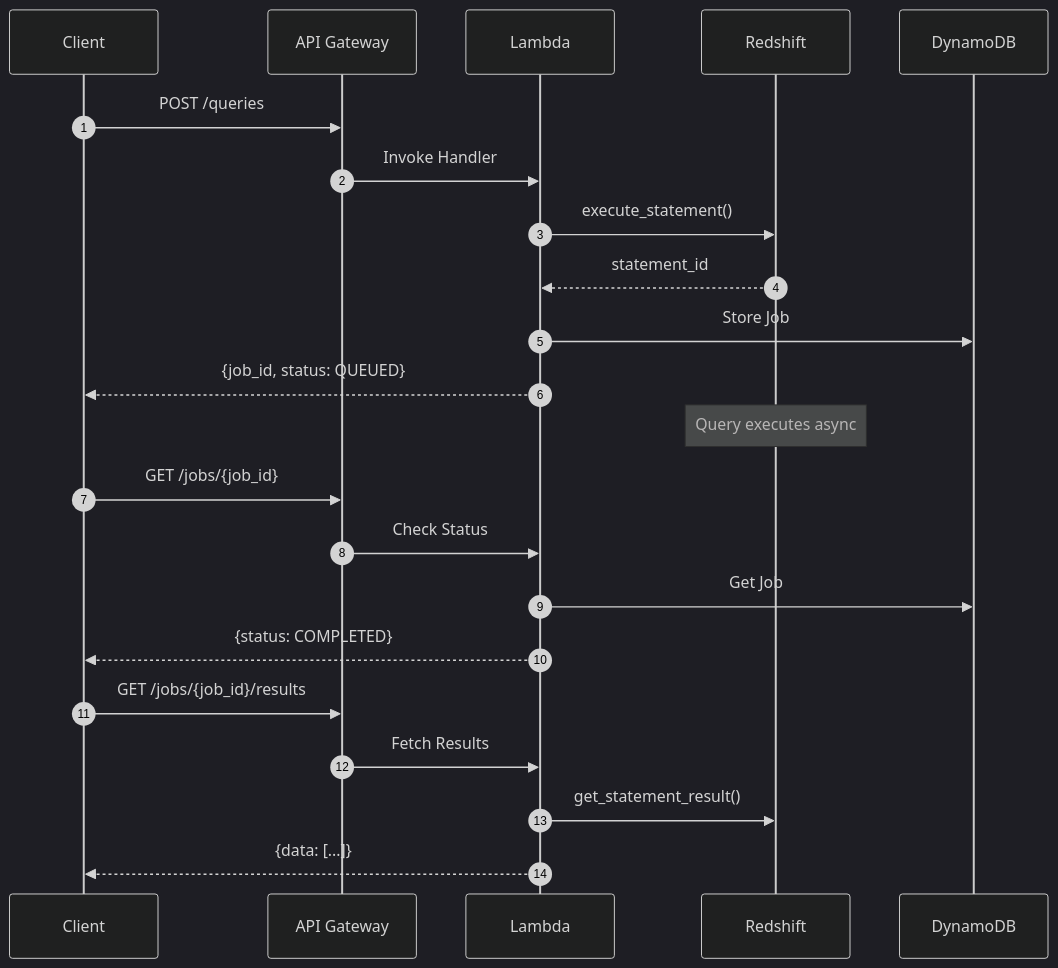
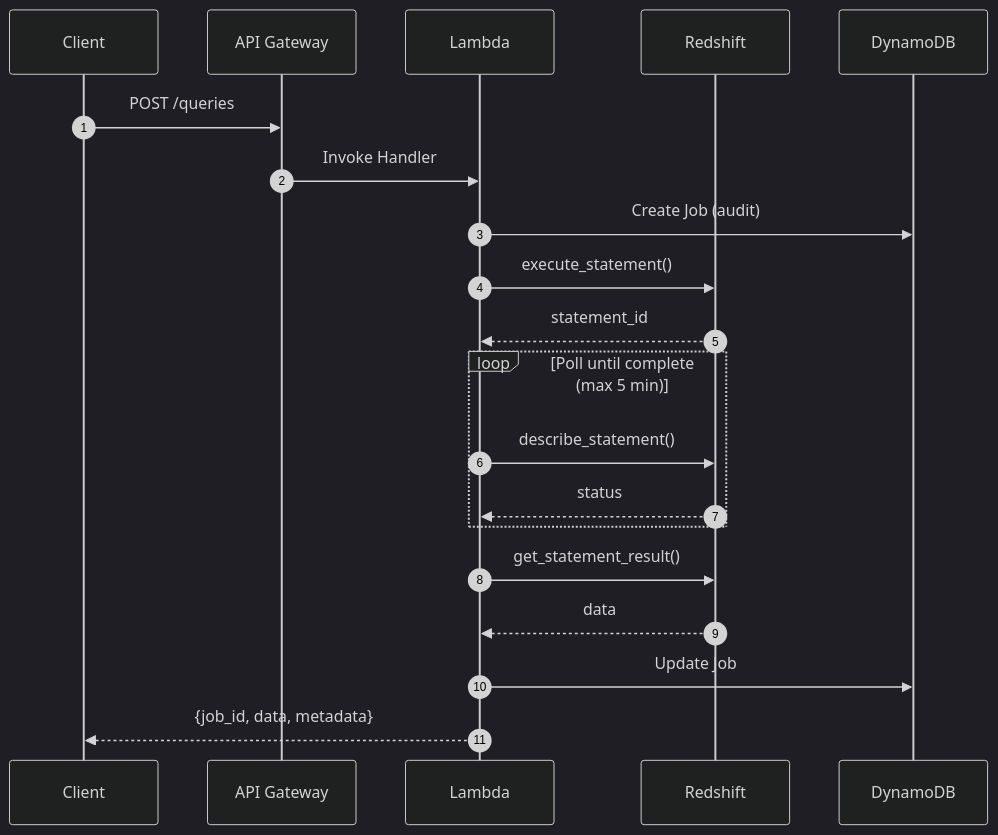
The diagram in docs/user-guide/query-api.md (zhiweio/redshift-spectra), drawn with Mermaid (dark theme) before and after one commit. The commit also changed other lines of this file and 11 other files, not shown here.

Commit message:
refactor:  change query API to sync mode

````diff
--- a/docs/user-guide/query-api.md
+++ b/docs/user-guide/query-api.md
@@ -7,28 +7,25 @@
 ```mermaid
 sequenceDiagram
     autonumber
     participant C as Client
     participant API as API Gateway
     participant L as Lambda
     participant RS as Redshift
     participant DDB as DynamoDB
 
     C->>API: POST /queries
     API->>L: Invoke Handler
+    L->>DDB: Create Job (audit)
     L->>RS: execute_statement()
     RS-->>L: statement_id
-    L->>DDB: Store Job
-    L-->>C: {job_id, status: QUEUED}
     
-    Note over RS: Query executes async
+    loop Poll until complete (max 5 min)
+        L->>RS: describe_statement()
+        RS-->>L: status
+    end
     
-    C->>API: GET /jobs/{job_id}
-    API->>L: Check Status
-    L->>DDB: Get Job
-    L-->>C: {status: COMPLETED}
-    
-    C->>API: GET /jobs/{job_id}/results
-    API->>L: Fetch Results
     L->>RS: get_statement_result()
-    L-->>C: {data: [...]}
+    RS-->>L: data
+    L->>DDB: Update Job
+    L-->>C: {job_id, data, metadata}
 ```
````
